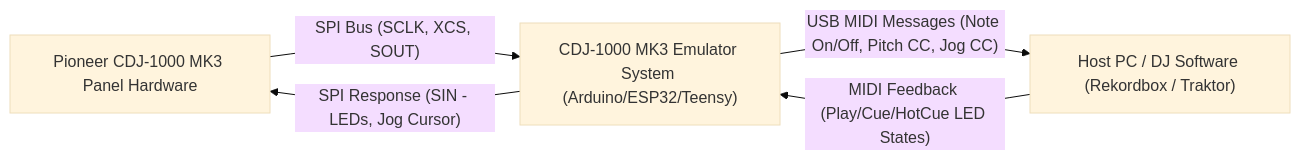
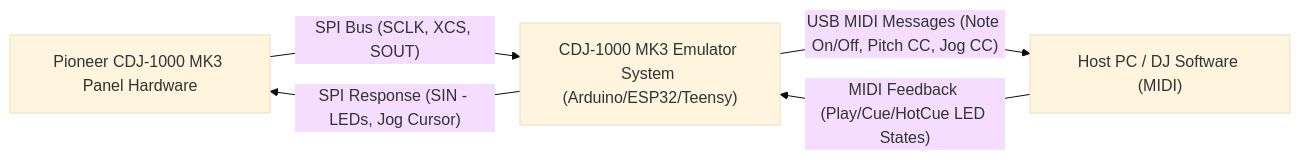
The first of 2 diagrams in README.md (fabiodj2/cdj1000mk3-spi-bridge), drawn with Mermaid (base theme) before and after one commit. The commit also changed other lines of this file and 5 other files, not shown here.

````diff
--- a/README.md
+++ b/README.md
@@ -211,12 +211,12 @@
 ```mermaid
 flowchart LR
     CDJ["Pioneer CDJ-1000 MK3 Panel Hardware"]
     SYS["CDJ-1000 MK3 Emulator System (Arduino/ESP32/Teensy)"]
-    HOST["Host PC / DJ Software (Rekordbox / Traktor)"]
+    HOST["Host PC / DJ Software (MIDI)"]
 
     CDJ -- "SPI Bus (SCLK, XCS, SOUT)" --> SYS
     SYS -- "SPI Response (SIN - LEDs, Jog Cursor)" --> CDJ
     
     SYS -- "USB MIDI Messages (Note On/Off, Pitch CC, Jog CC)" --> HOST
     HOST -- "MIDI Feedback (Play/Cue/HotCue LED States)" --> SYS
 ```
````
